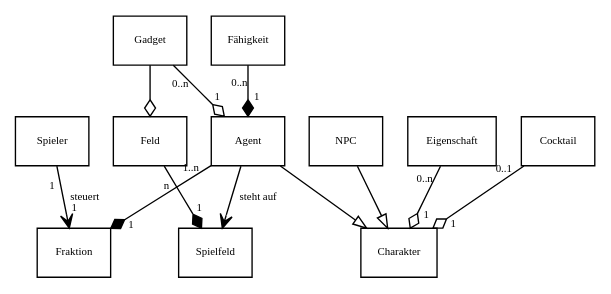
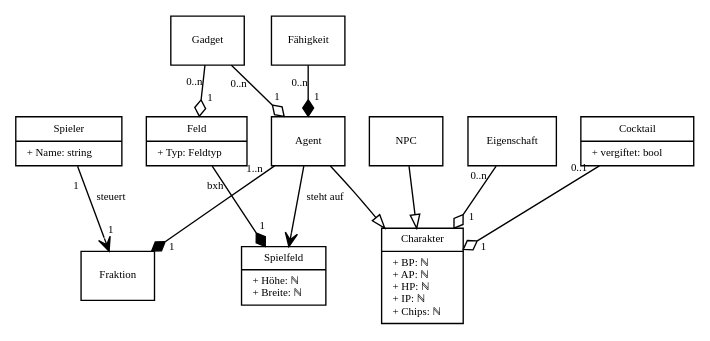
The diagram in Meilenstein01/diagrams/domainmodel.dot (SoPra-Team-17/Meilensteine), drawn with Graphviz before and after one commit.

Commit message:
adds some parameters to domain model

```diff
--- a/Meilenstein01/diagrams/domainmodel.dot
+++ b/Meilenstein01/diagrams/domainmodel.dot
@@ -1,84 +1,97 @@
 digraph G {
     // General Layout
     fontname = "Bitstream Vera Sans"
     fontsize = 8
 
     node [
         fontname = "Bitstream Vera Sans"
         fontsize = 8
         shape = "record"
     ]
 
     edge [
         fontname = "Bitstream Vera Sans"
         fontsize = 8
         arrowhead = "onormal"
         labeldistance = 1.5
     ]
 
     // Classes
-    Spieler
-    Spielfeld
-    Feld
-    Charakter
+    Spieler [
+        label = "{Spieler|+ Name: string\l}"
+    ]
+    Spielfeld [
+        label = "{Spielfeld|+ Höhe: ℕ\l+ Breite: ℕ\l}"
+    ]
+    Feld [
+        label = "{Feld|+ Typ: Feldtyp\l}"
+    ]
+    Charakter [
+        label = "{Charakter|+ BP: ℕ\l+ AP: ℕ\l+ HP: ℕ\l+ IP: ℕ\l+ Chips: ℕ\l}"
+    ]
     Agent
     NPC
     Gadget
     Fähigkeit
     Fraktion
     Eigenschaft
-    Cocktail
+    Cocktail [
+        label = "{Cocktail|+ vergiftet: bool\l}"
+    ]
 
     // Inheritance
     Agent -> Charakter
     NPC -> Charakter
 
     // Aggregations
     edge [
         arrowhead = "odiamond"
     ]
     Gadget -> Agent [
         taillabel = "0..n"
         headlabel = "1"
     ]
-    Gadget -> Feld
+    Gadget -> Feld [
+        taillabel = "0..n"
+        headlabel = "1"
+    ]
     Eigenschaft -> Charakter [
         taillabel = "0..n"
         headlabel = "1"
     ]
     Cocktail -> Charakter [
         taillabel = "0..1"
         headlabel = "1"
     ]
 
     // Compositions
     edge [
         arrowhead = "diamond"
     ]
     Feld -> Spielfeld [
         headlabel = "1"
-        taillabel = "n"
+        taillabel = "bxh"
     ]
     Agent -> Fraktion [
         taillabel = "1..n"
         headlabel = "1"
     ]
     Fähigkeit -> Agent [
         taillabel = "0..n"
         headlabel = "1"
     ]
 
     // Normal Arrows
     edge [
         arrowhead = "vee"
     ]
     Agent -> Spielfeld [
         label = "steht auf"
     ]
 
     Spieler -> Fraktion [
         label = "steuert"
         taillabel = "1"
         headlabel = "1"
     ]
 }
```
